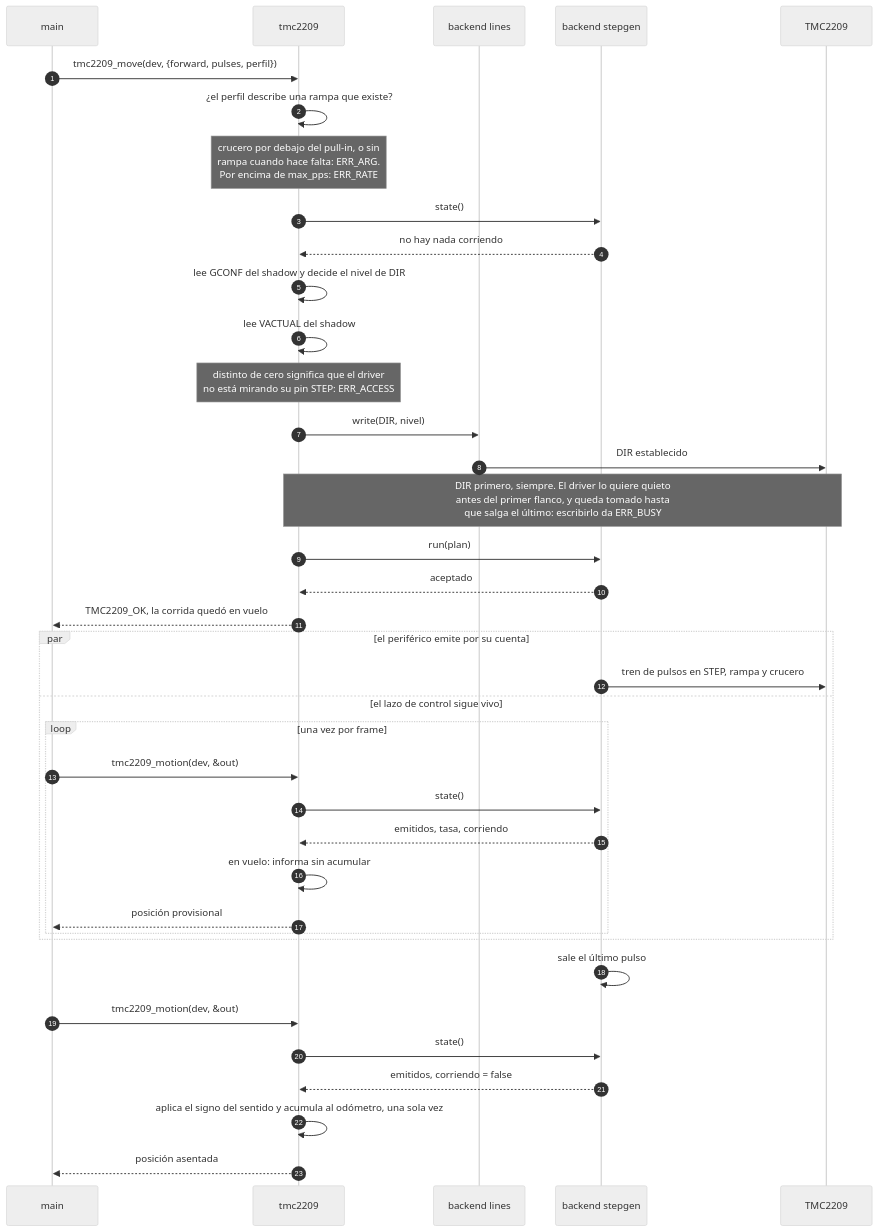
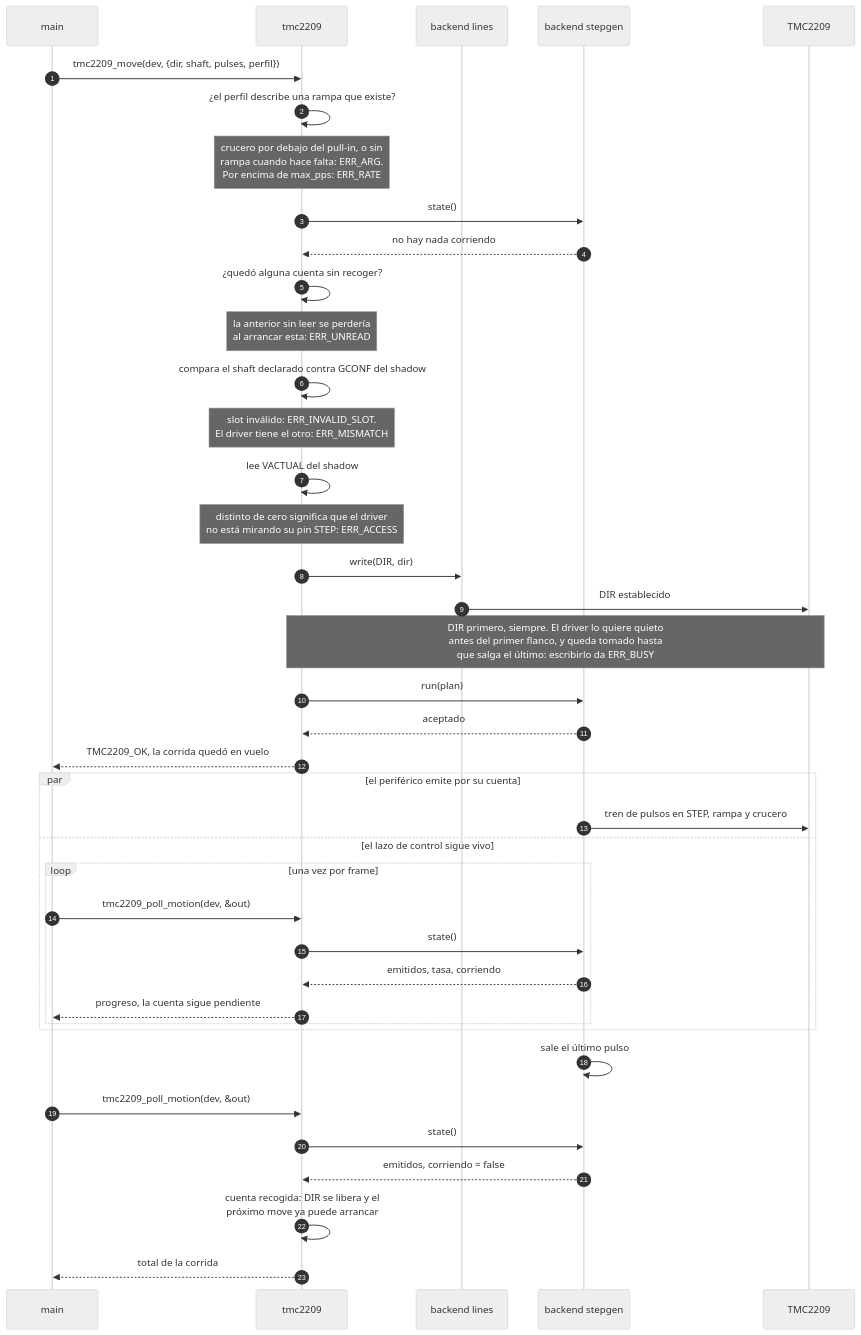
The fourth of 4 diagrams in firmware/docs/README.md (stefaema/STEF), drawn with Mermaid (neutral theme) before and after one commit. The commit also changed other lines of this file and 12 other files, not shown here.

First line of the commit message:
firmware: Add error handling for unread pulse counts in TMC2209 driver

````diff
--- a/firmware/docs/README.md
+++ b/firmware/docs/README.md
@@ -235,44 +239,46 @@
 ```mermaid
 sequenceDiagram
     autonumber
     participant App as main
     participant Lib as tmc2209
     participant Pins as backend lines
     participant Gen as backend stepgen
     participant Drv as TMC2209
 
-    App->>Lib: tmc2209_move(dev, {forward, pulses, perfil})
+    App->>Lib: tmc2209_move(dev, {dir, shaft, pulses, perfil})
     Lib->>Lib: ¿el perfil describe una rampa que existe?
     Note over Lib: crucero por debajo del pull-in, o sin<br/>rampa cuando hace falta: ERR_ARG.<br/>Por encima de max_pps: ERR_RATE
     Lib->>Gen: state()
     Gen-->>Lib: no hay nada corriendo
-    Lib->>Lib: lee GCONF del shadow y decide el nivel de DIR
+    Lib->>Lib: ¿quedó alguna cuenta sin recoger?
+    Note over Lib: la anterior sin leer se perdería<br/>al arrancar esta: ERR_UNREAD
+    Lib->>Lib: compara el shaft declarado contra GCONF del shadow
+    Note over Lib: slot inválido: ERR_INVALID_SLOT.<br/>El driver tiene el otro: ERR_MISMATCH
     Lib->>Lib: lee VACTUAL del shadow
     Note over Lib: distinto de cero significa que el driver<br/>no está mirando su pin STEP: ERR_ACCESS
 
-    Lib->>Pins: write(DIR, nivel)
+    Lib->>Pins: write(DIR, dir)
     Pins->>Drv: DIR establecido
     Note over Lib,Drv: DIR primero, siempre. El driver lo quiere quieto<br/>antes del primer flanco, y queda tomado hasta<br/>que salga el último: escribirlo da ERR_BUSY
     Lib->>Gen: run(plan)
     Gen-->>Lib: aceptado
     Lib-->>App: TMC2209_OK, la corrida quedó en vuelo
 
     par el periférico emite por su cuenta
         Gen->>Drv: tren de pulsos en STEP, rampa y crucero
     and el lazo de control sigue vivo
         loop una vez por frame
-            App->>Lib: tmc2209_motion(dev, &out)
+            App->>Lib: tmc2209_poll_motion(dev, &out)
             Lib->>Gen: state()
             Gen-->>Lib: emitidos, tasa, corriendo
-            Lib->>Lib: en vuelo: informa sin acumular
-            Lib-->>App: posición provisional
+            Lib-->>App: progreso, la cuenta sigue pendiente
         end
     end
 
     Gen->>Gen: sale el último pulso
-    App->>Lib: tmc2209_motion(dev, &out)
+    App->>Lib: tmc2209_poll_motion(dev, &out)
     Lib->>Gen: state()
     Gen-->>Lib: emitidos, corriendo = false
-    Lib->>Lib: aplica el signo del sentido y acumula al odómetro, una sola vez
-    Lib-->>App: posición asentada
+    Lib->>Lib: cuenta recogida: DIR se libera y el<br/>próximo move ya puede arrancar
+    Lib-->>App: total de la corrida
 ```
````
